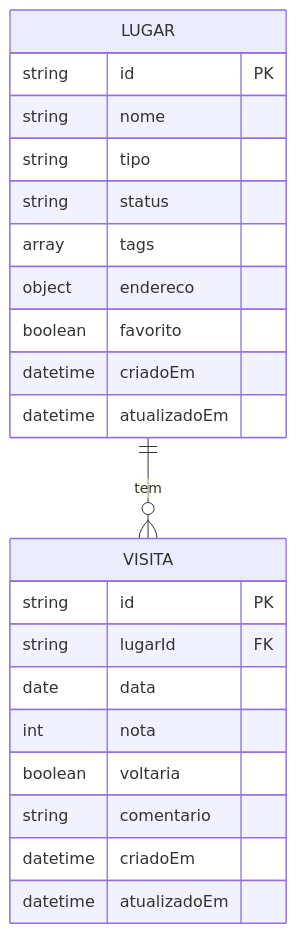
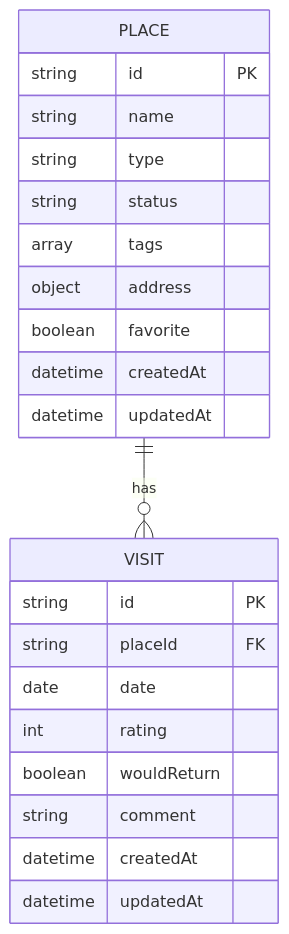
Before and after one commit to thalesAlves758/spot-diary: the second of 2 diagrams in docs/refinamento.md, drawn with Mermaid. The commit also changed other lines of this file and 36 other files, not shown here.

````diff
--- a/docs/refinamento.md
+++ b/docs/refinamento.md
@@ -208,25 +210,25 @@
 ```mermaid
 erDiagram
-    LUGAR ||--o{ VISITA : tem
-    LUGAR {
+    PLACE ||--o{ VISIT : has
+    PLACE {
         string id PK
-        string nome
-        string tipo
+        string name
+        string type
         string status
         array tags
-        object endereco
-        boolean favorito
-        datetime criadoEm
-        datetime atualizadoEm
+        object address
+        boolean favorite
+        datetime createdAt
+        datetime updatedAt
     }
-    VISITA {
+    VISIT {
         string id PK
-        string lugarId FK
-        date data
-        int nota
-        boolean voltaria
-        string comentario
-        datetime criadoEm
-        datetime atualizadoEm
+        string placeId FK
+        date date
+        int rating
+        boolean wouldReturn
+        string comment
+        datetime createdAt
+        datetime updatedAt
     }
 ```
````
